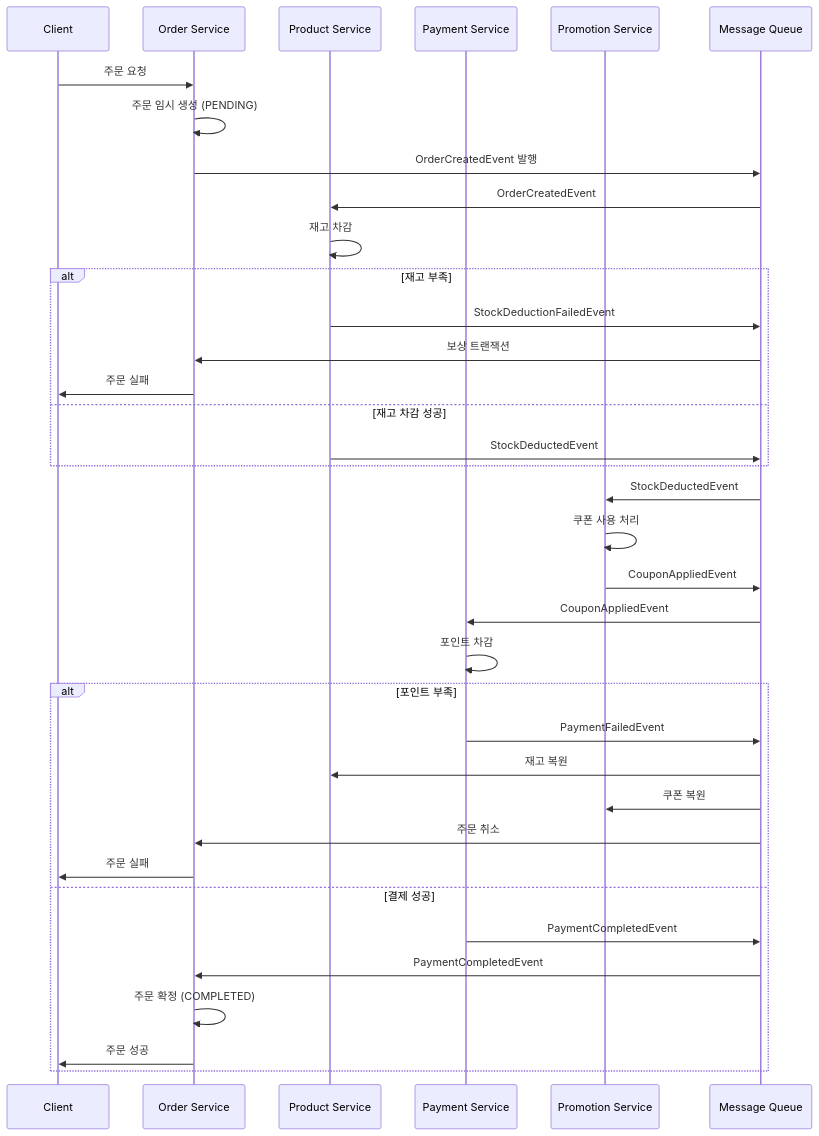
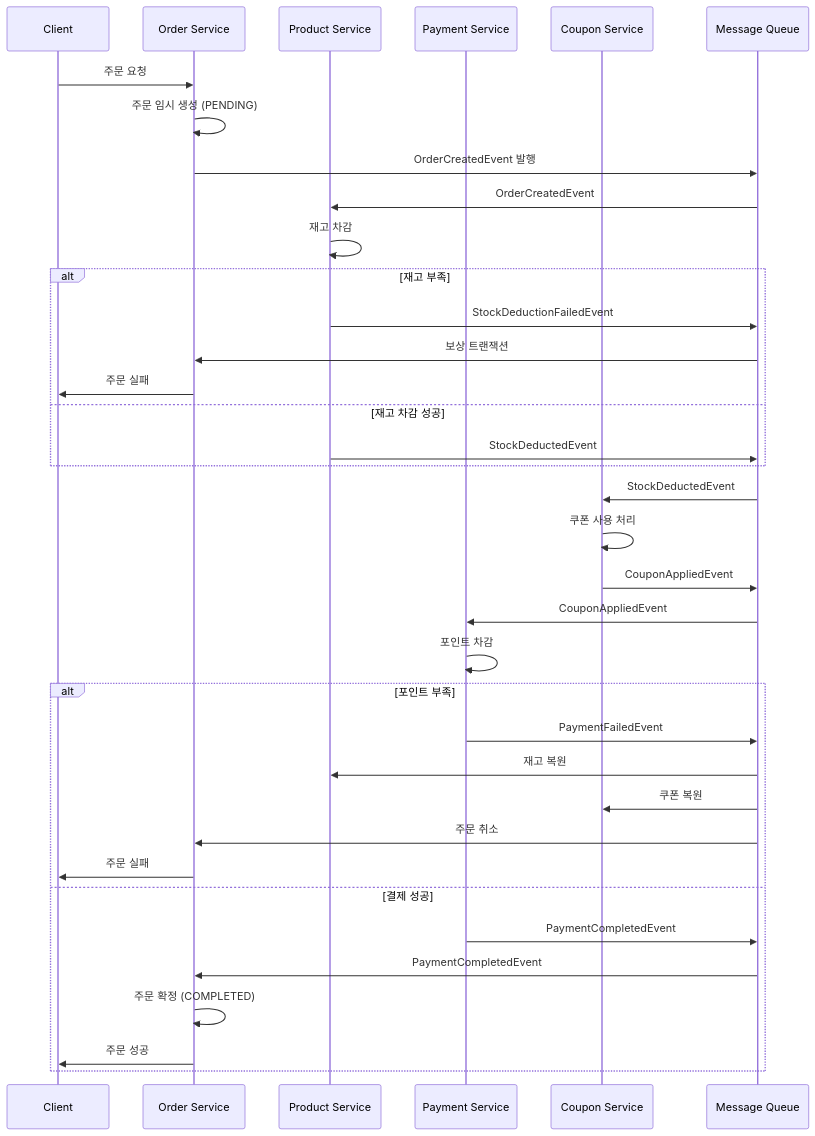
One commit to jih3508/hanghea_plus_backend_8th changed the second of 4 diagrams in 8week/docs/report/MSA 아키텍처 보고서.md. Above: the diagram before and after it, drawn with Mermaid. The commit also changed other lines of this file and 2 other files, not shown here.

````diff
--- a/8week/docs/report/MSA 아키텍처 보고서.md
+++ b/8week/docs/report/MSA 아키텍처 보고서.md
@@ -126,42 +213,42 @@
 ```mermaid
 sequenceDiagram
     participant Client
     participant Order Service
     participant Product Service
     participant Payment Service
-    participant Promotion Service
+    participant Coupon Service
     participant Message Queue
     
     Client->>Order Service: 주문 요청
     Order Service->>Order Service: 주문 임시 생성 (PENDING)
     Order Service->>Message Queue: OrderCreatedEvent 발행
     
     Message Queue->>Product Service: OrderCreatedEvent
     Product Service->>Product Service: 재고 차감
     alt 재고 부족
         Product Service->>Message Queue: StockDeductionFailedEvent
         Message Queue->>Order Service: 보상 트랜잭션
         Order Service->>Client: 주문 실패
     else 재고 차감 성공
         Product Service->>Message Queue: StockDeductedEvent
     end
     
-    Message Queue->>Promotion Service: StockDeductedEvent
-    Promotion Service->>Promotion Service: 쿠폰 사용 처리
-    Promotion Service->>Message Queue: CouponAppliedEvent
+    Message Queue->>Coupon Service: StockDeductedEvent
+    Coupon Service->>Coupon Service: 쿠폰 사용 처리
+    Coupon Service->>Message Queue: CouponAppliedEvent
     
     Message Queue->>Payment Service: CouponAppliedEvent
     Payment Service->>Payment Service: 포인트 차감
     alt 포인트 부족
         Payment Service->>Message Queue: PaymentFailedEvent
         Message Queue->>Product Service: 재고 복원
-        Message Queue->>Promotion Service: 쿠폰 복원
+        Message Queue->>Coupon Service: 쿠폰 복원
         Message Queue->>Order Service: 주문 취소
         Order Service->>Client: 주문 실패
     else 결제 성공
         Payment Service->>Message Queue: PaymentCompletedEvent
         Message Queue->>Order Service: PaymentCompletedEvent
         Order Service->>Order Service: 주문 확정 (COMPLETED)
         Order Service->>Client: 주문 성공
     end
 ```
````
